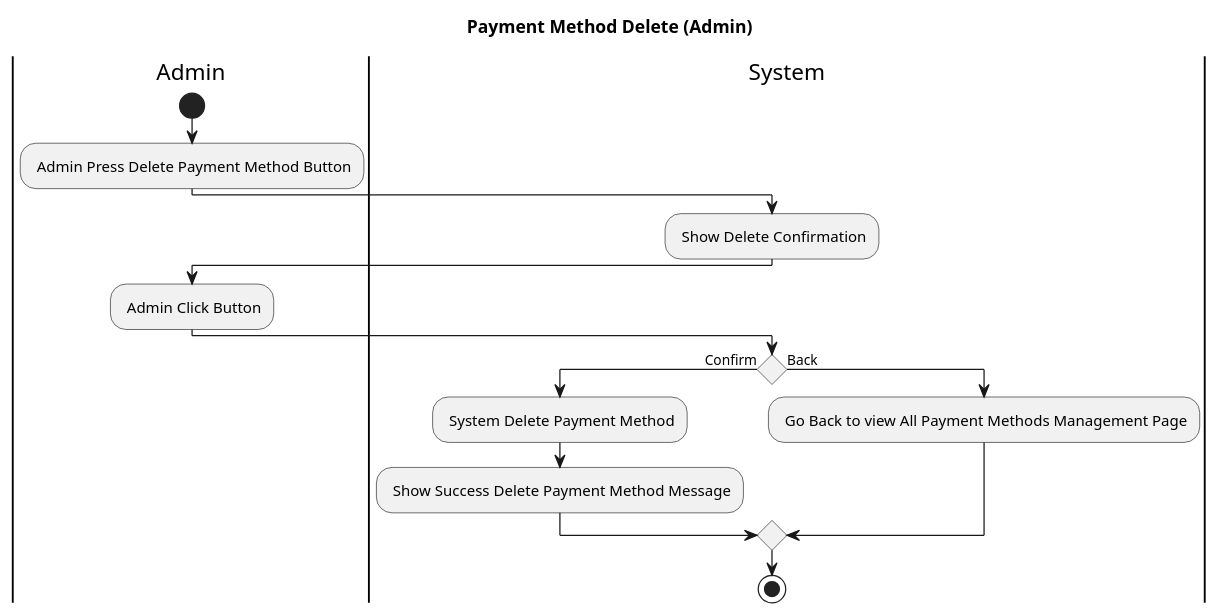
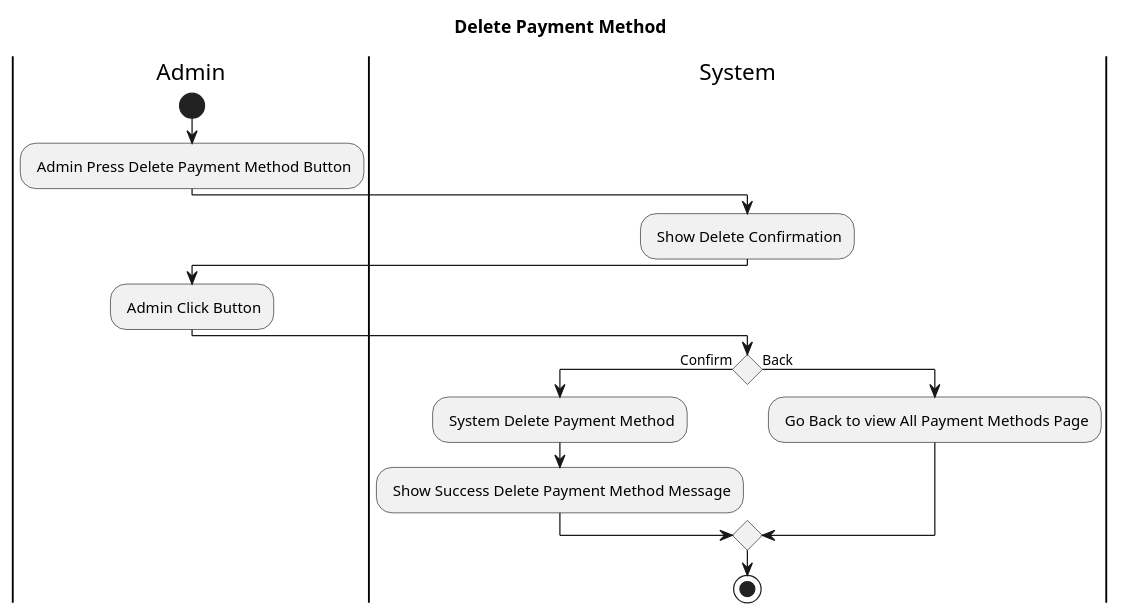
Before and after one commit to AntWort21/BHFMS: the diagram in Design/BHFMS_ACTIVITY/Admin/PaymentMethods/Payment Methods Management (Admin) Delete.puml, drawn with PlantUML. The commit also changed 75 other files, not shown here.

Commit message:
Fix Use Cases & ERD

```diff
--- a/Design/BHFMS_ACTIVITY/Admin/PaymentMethods/Payment Methods Management (Admin) Delete.puml
+++ b/Design/BHFMS_ACTIVITY/Admin/PaymentMethods/Payment Methods Management (Admin) Delete.puml
@@ -1,18 +1,18 @@
 @startuml
-title Payment Method Delete (Admin)
+title Delete Payment Method
 |Admin|
 start 
     : Admin Press Delete Payment Method Button;
 |System|
     : Show Delete Confirmation;
 |Admin|
     : Admin Click Button;
 |System|
 If () then (Confirm)
     : System Delete Payment Method;
     : Show Success Delete Payment Method Message;
 else (Back)
-    : Go Back to view All Payment Methods Management Page;
+    : Go Back to view All Payment Methods Page;
 endif
 stop
 @enduml
```
